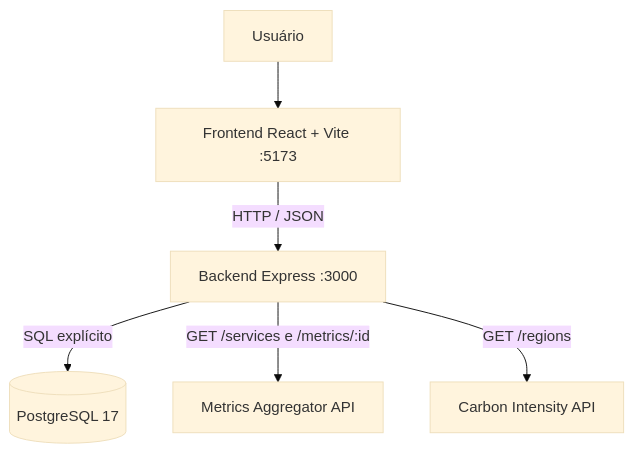
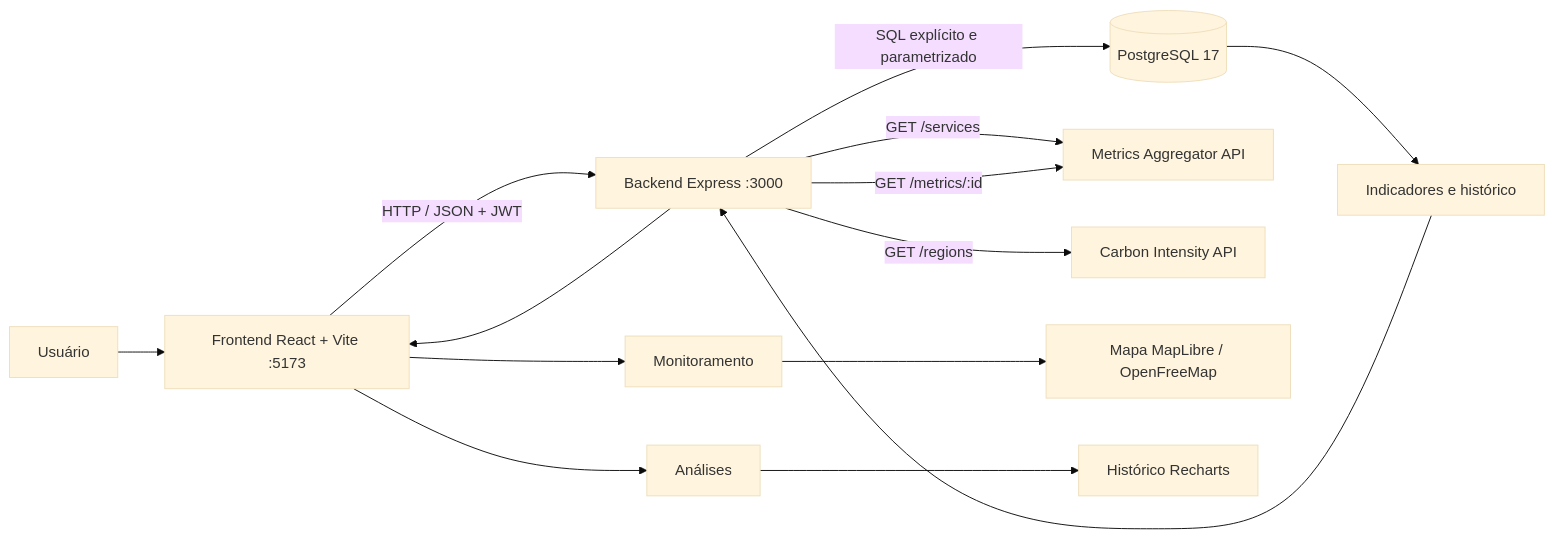
Before and after one commit to let-zapplin/GreenER: the first of 7 diagrams in docs/arquitetura.md, drawn with Mermaid (base theme). The commit also changed other lines of this file and 14 other files, not shown here.

````diff
--- a/docs/arquitetura.md
+++ b/docs/arquitetura.md
@@ -15,8 +25,23 @@
 ```mermaid
-flowchart TD
+flowchart LR
     U[Usuário] --> F[Frontend React + Vite :5173]
-    F -->|HTTP / JSON| B[Backend Express :3000]
-    B -->|SQL explícito| P[(PostgreSQL 17)]
-    B -->|GET /services e /metrics/:id| M[Metrics Aggregator API]
-    B -->|GET /regions| CI[Carbon Intensity API]
+
+    F -->|HTTP / JSON + JWT| B[Backend Express :3000]
+
+    B -->|SQL explícito e parametrizado| P[(PostgreSQL 17)]
+
+    B -->|GET /services| M[Metrics Aggregator API]
+    B -->|GET /metrics/:id| M
+
+    B -->|GET /regions| C[Carbon Intensity API]
+
+    P --> I[Indicadores e histórico]
+    I --> B
+
+    B --> F
+
+    F --> MON[Monitoramento]
+    F --> ANA[Análises]
+    MON --> MAP[Mapa MapLibre / OpenFreeMap]
+    ANA --> CHART[Histórico Recharts]
 ```
````
